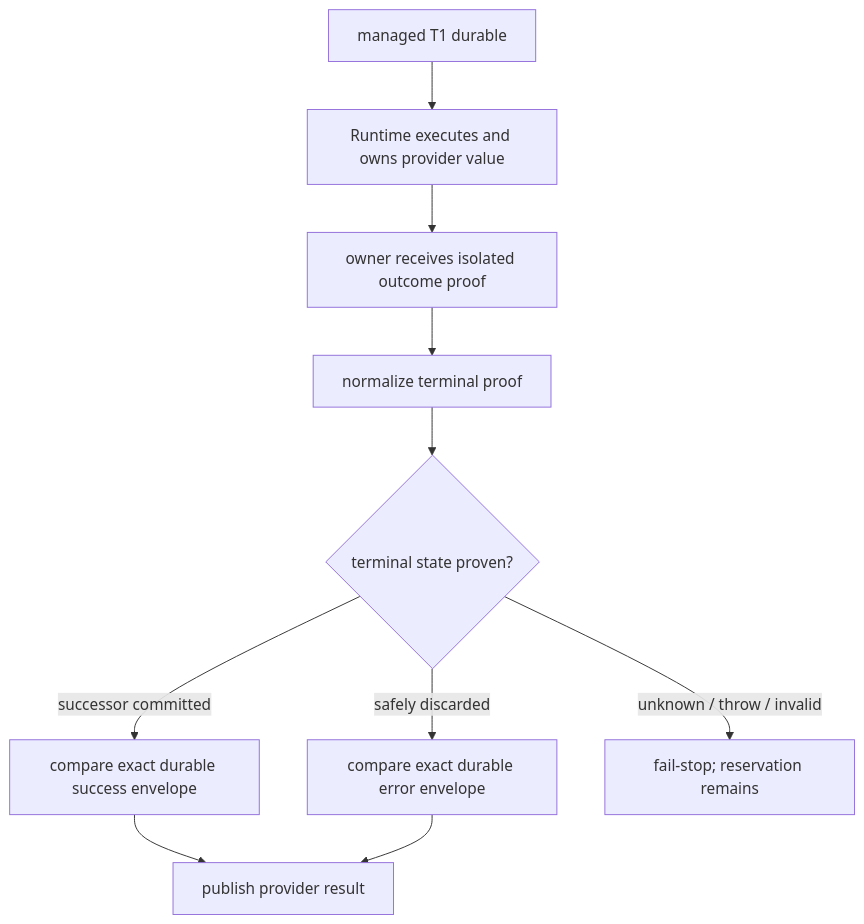
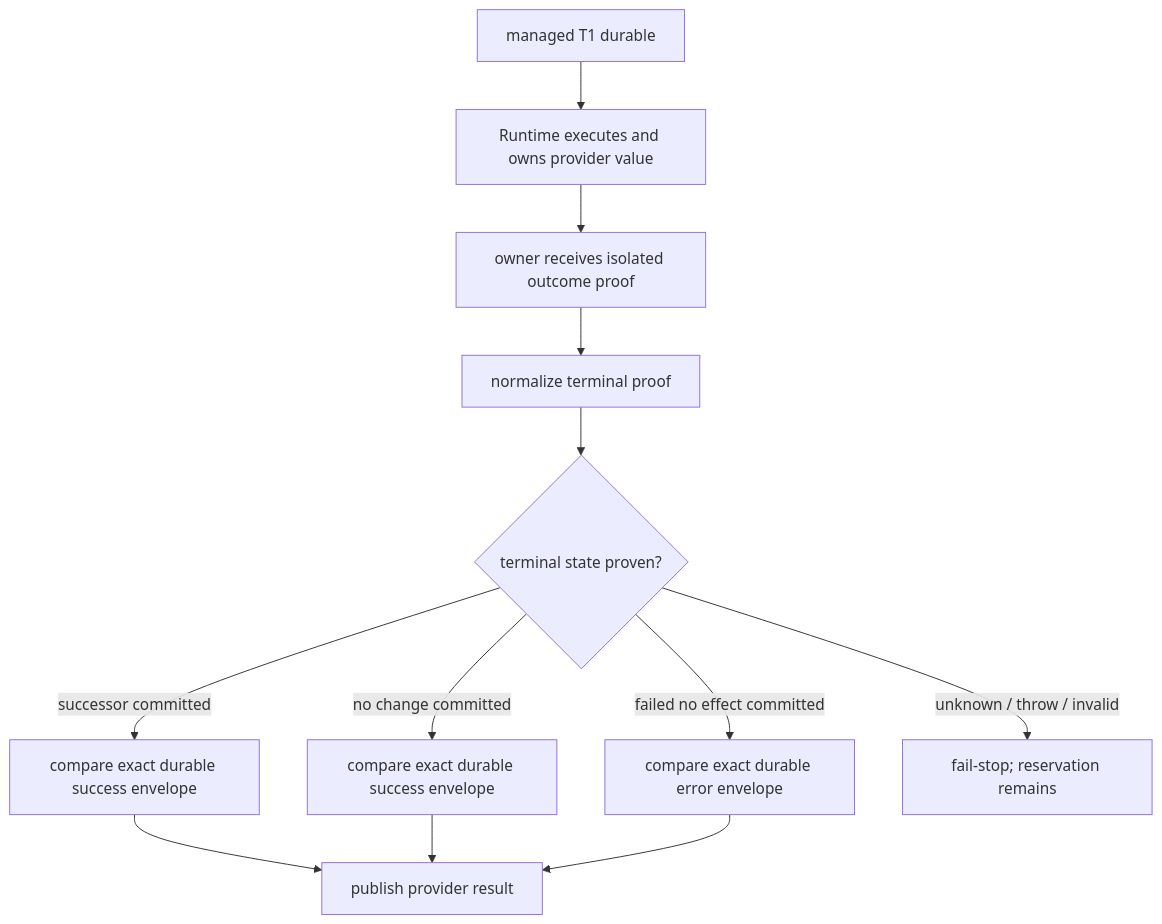
The diagram in docs/architecture/runtime-managed-workspace-mutation-execution-admission-v1.zh-CN.md (zhiiw/maka-agent), drawn with Mermaid before and after one commit. The commit also changed other lines of this file and 17 other files, not shown here.

````diff
--- a/docs/architecture/runtime-managed-workspace-mutation-execution-admission-v1.zh-CN.md
+++ b/docs/architecture/runtime-managed-workspace-mutation-execution-admission-v1.zh-CN.md
@@ -62,12 +63,14 @@
 ```mermaid
 flowchart TD
   T1["managed T1 durable"] --> O["Runtime executes and owns provider value"]
   O --> Q["owner receives isolated outcome proof"]
   Q --> N["normalize terminal proof"]
   N --> S{"terminal state proven?"}
   S -->|"successor committed"| A["compare exact durable success envelope"]
-  S -->|"safely discarded"| E["compare exact durable error envelope"]
+  S -->|"no change committed"| N0["compare exact durable success envelope"]
+  S -->|"failed no effect committed"| E["compare exact durable error envelope"]
   S -->|"unknown / throw / invalid"| P["fail-stop; reservation remains"]
   A --> R["publish provider result"]
+  N0 --> R
   E --> R
 ```
````
